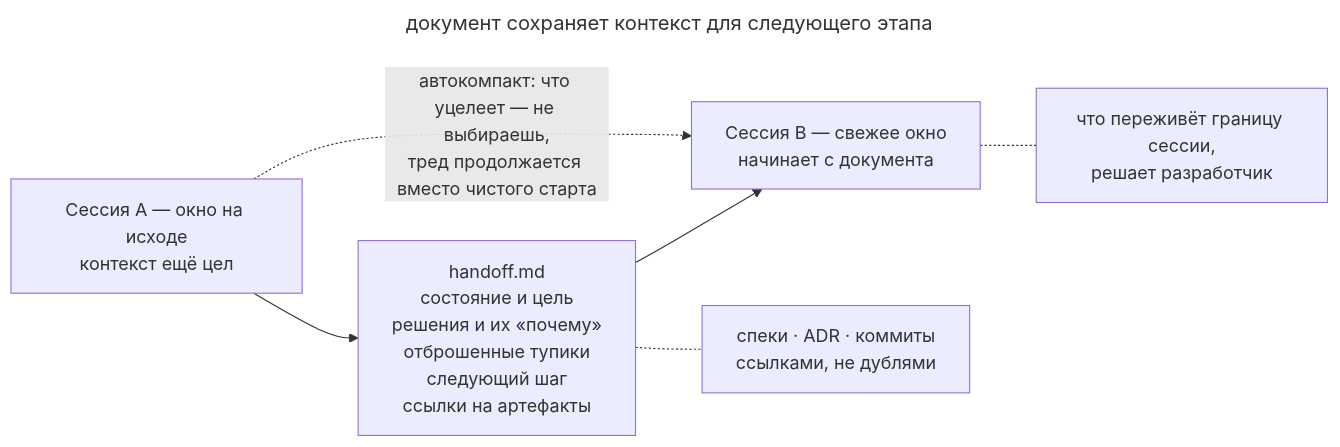
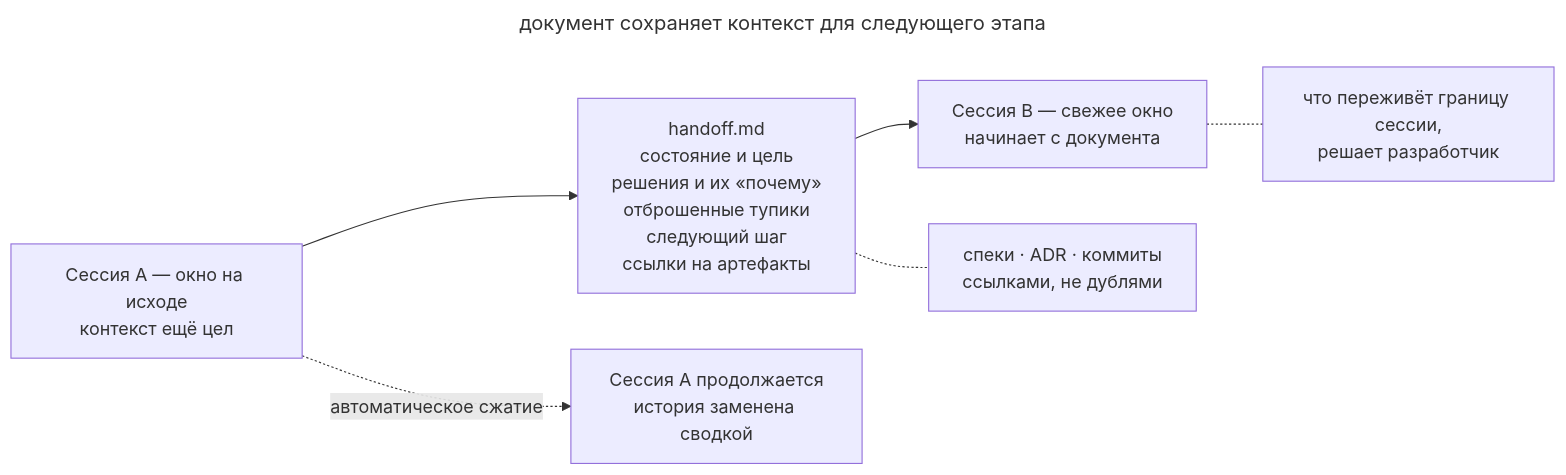
Before and after one commit to Rastavelli/agentic-coding-design-patterns: the diagram in book/ru/handoff.md, drawn with Mermaid. The commit also changed 8 other files, not shown here.

````diff
--- a/book/ru/handoff.md
+++ b/book/ru/handoff.md
@@ -44,15 +44,16 @@
 ```mermaid
 ---
 title: документ сохраняет контекст для следующего этапа
 ---
 flowchart LR
   a["Сессия A — окно на исходе<br/>контекст ещё цел"]
   doc["handoff.md<br/>состояние и цель<br/>решения и их «почему»<br/>отброшенные тупики<br/>следующий шаг<br/>ссылки на артефакты"]:::accent
   b["Сессия B — свежее окно<br/>начинает с документа"]
   artifacts["спеки · ADR · коммиты<br/>ссылками, не дублями"]:::muted
   a --> doc --> b
   doc -.- artifacts
-  a -. "автокомпакт: что уцелеет — не выбираешь,<br/>тред продолжается вместо чистого старта" .-> b
+  compact["Сессия A продолжается<br/>история заменена сводкой"]:::muted
+  a -. "автоматическое сжатие" .-> compact
   note["что переживёт границу сессии,<br/>решает разработчик"]:::muted
   b -.- note
 ```
````
